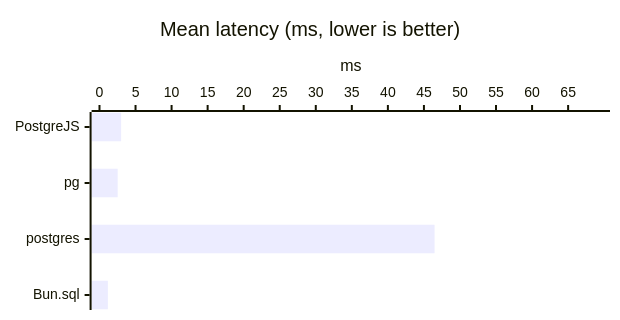
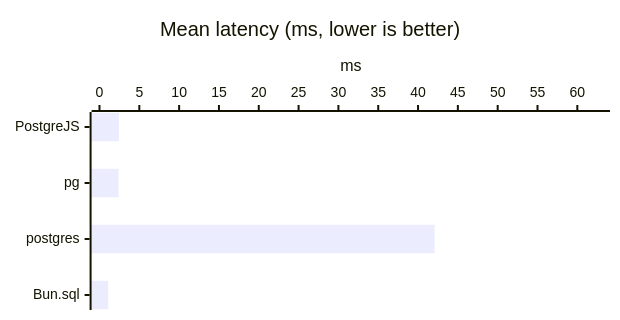
One commit to panates/postgrejs changed diagram 16 of 47 in doc/BENCHMARKS-bun.md. Above: the diagram before and after it, drawn with Mermaid. The commit also changed other lines of this file and 1 other file, not shown here.

````diff
--- a/doc/BENCHMARKS-bun.md
+++ b/doc/BENCHMARKS-bun.md
@@ -391,8 +434,8 @@
 ```mermaid
 %%{init: {'xyChart': {'width': 600, 'height': 300, 'chartOrientation': 'horizontal'}}}%%
 xychart-beta
     title "Mean latency (ms, lower is better)"
     x-axis ["PostgreJS", "pg", "postgres", "Bun.sql"]
-    y-axis "ms" 0.0000 --> 69.7133
-    bar [2.9994, 2.5231, 46.4755, 1.1623]
+    y-axis "ms" 0.0000 --> 63.1127
+    bar [2.4434, 2.3914, 42.0752, 1.1047]
 ```
````
